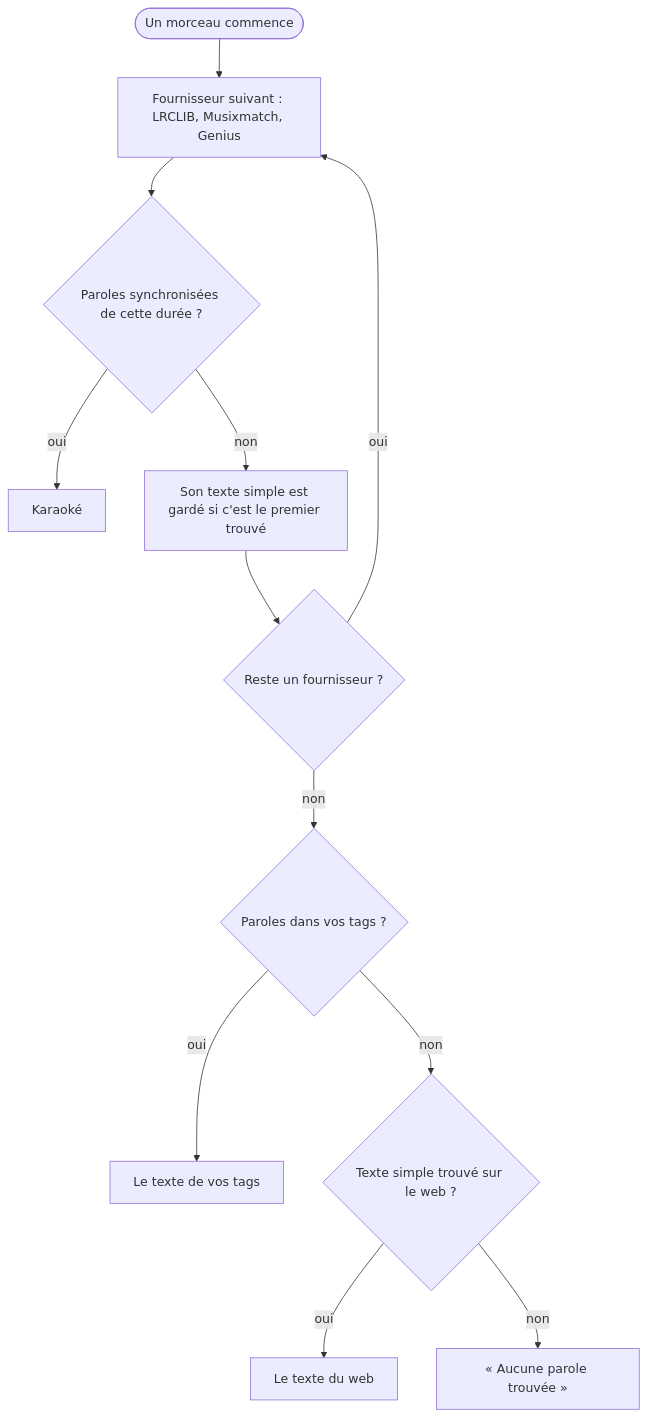
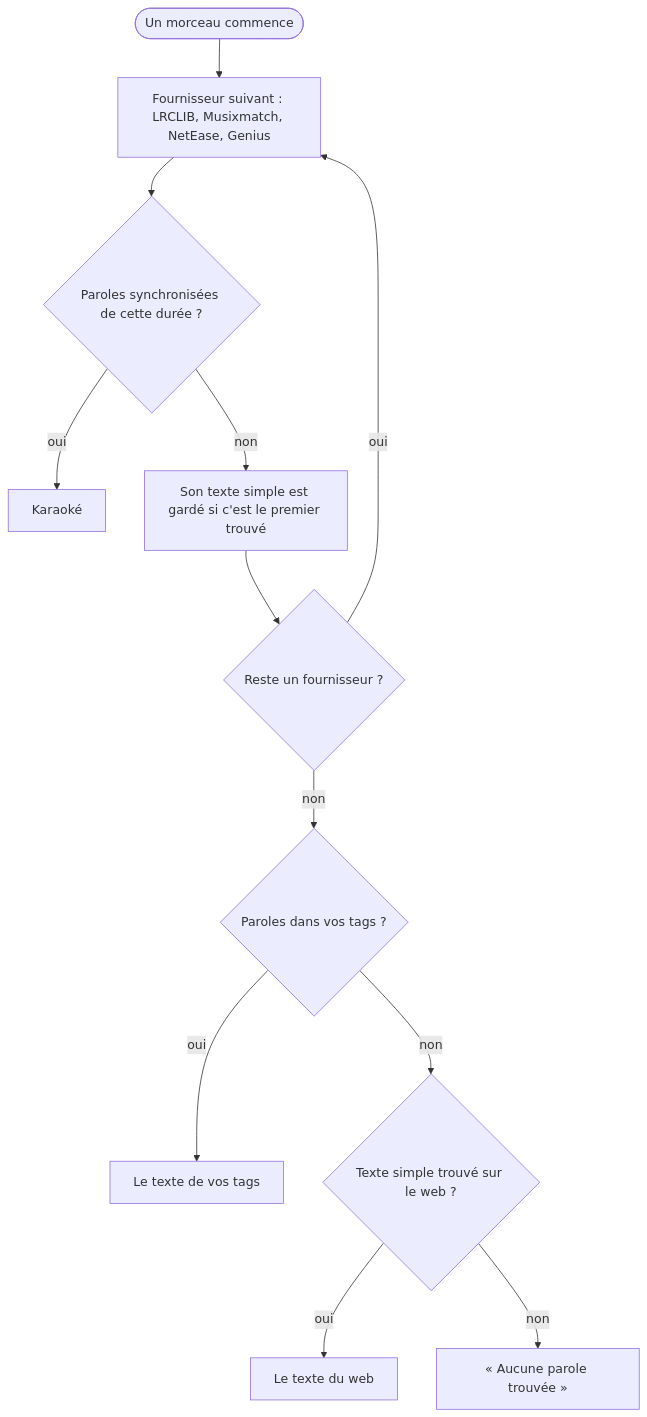
One commit to werdeil/lyrion-dashboard changed the diagram in docs/diagrams/lyrics.fr.mmd. Above: the diagram before and after it, drawn with Mermaid. The commit also changed 17 other files, not shown here.

First line of the commit message:
feat(lyrics): add NetEase Cloud Music as a synced lyrics provider (#136)

```diff
--- a/docs/diagrams/lyrics.fr.mmd
+++ b/docs/diagrams/lyrics.fr.mmd
@@ -1,12 +1,12 @@
 flowchart TD
-    A([Un morceau commence]) --> P[Fournisseur suivant : LRCLIB, Musixmatch, Genius]
+    A([Un morceau commence]) --> P[Fournisseur suivant : LRCLIB, Musixmatch, NetEase, Genius]
     P --> S{Paroles synchronisées de cette durée ?}
     S -- oui --> K[Karaoké]
     S -- non --> R[Son texte simple est gardé si c'est le premier trouvé]
     R --> M{Reste un fournisseur ?}
     M -- oui --> P
     M -- non --> T{Paroles dans vos tags ?}
     T -- oui --> TAGS[Le texte de vos tags]
     T -- non --> W{Texte simple trouvé sur le web ?}
     W -- oui --> WEB[Le texte du web]
     W -- non --> N["« Aucune parole trouvée »"]
```
